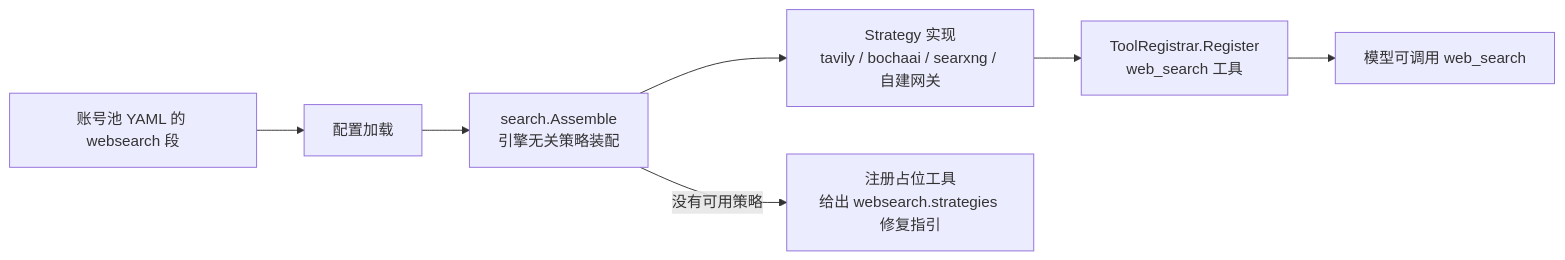
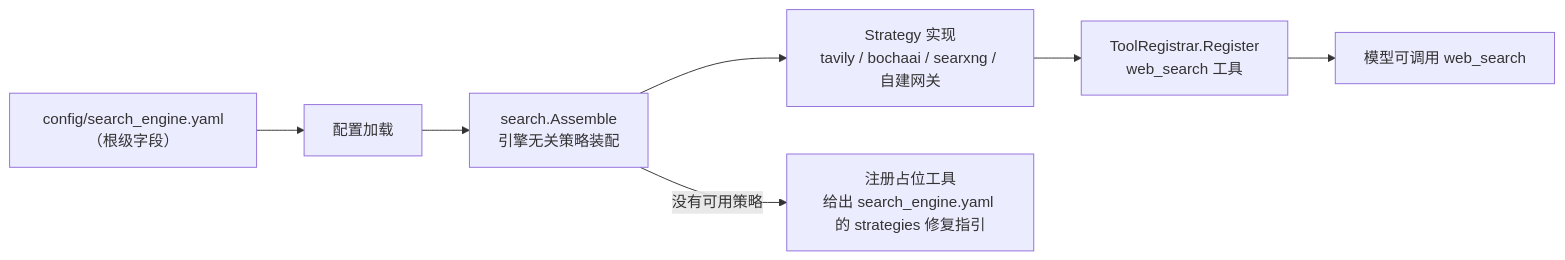
One commit to RedHuang-0622/seelex changed the diagram in seelebridge/tools/websearch/README.md. Above: the diagram before and after it, drawn with Mermaid. The commit also changed other lines of this file and 14 other files, not shown here.

First line of the commit message:
docs(config): 清底「websearch/mcp_servers 段在账号档」的旧写法

````diff
--- a/seelebridge/tools/websearch/README.md
+++ b/seelebridge/tools/websearch/README.md
@@ -11,9 +11,9 @@
 ```mermaid
 flowchart LR
-    YAML["账号池 YAML 的 websearch 段"] --> LOAD["配置加载"]
+    YAML["config/search_engine.yaml（根级字段）"] --> LOAD["配置加载"]
     LOAD --> ASM["search.Assemble<br/>引擎无关策略装配"]
     ASM --> STRAT["Strategy 实现<br/>tavily / bochaai / searxng / 自建网关"]
     STRAT --> REG["ToolRegistrar.Register<br/>web_search 工具"]
     REG --> MODEL["模型可调用 web_search"]
-    ASM -->|没有可用策略| PLACE["注册占位工具<br/>给出 websearch.strategies 修复指引"]
+    ASM -->|没有可用策略| PLACE["注册占位工具<br/>给出 search_engine.yaml 的 strategies 修复指引"]
 ```
````
